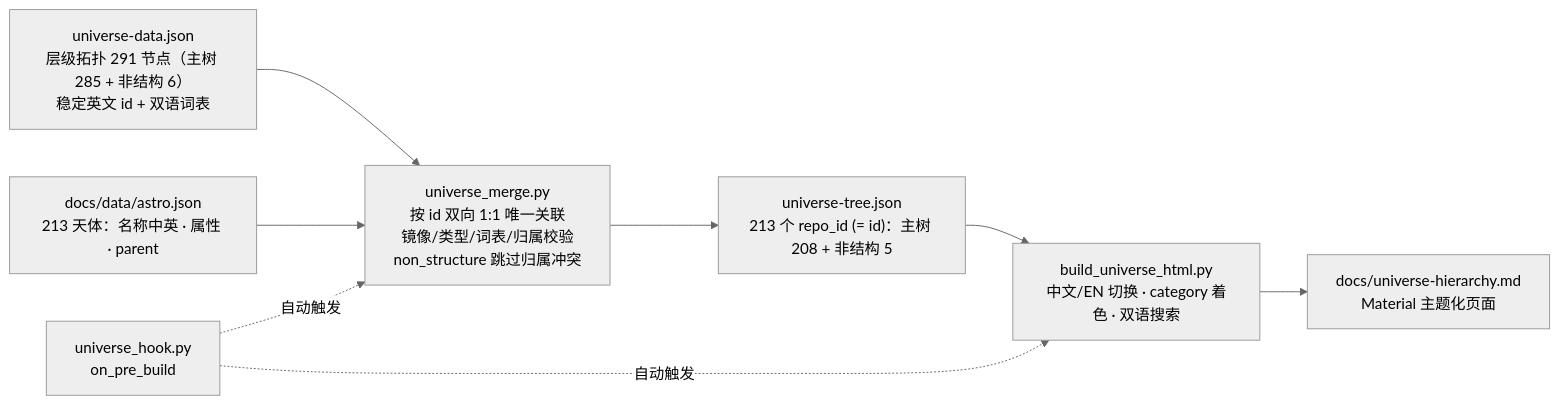
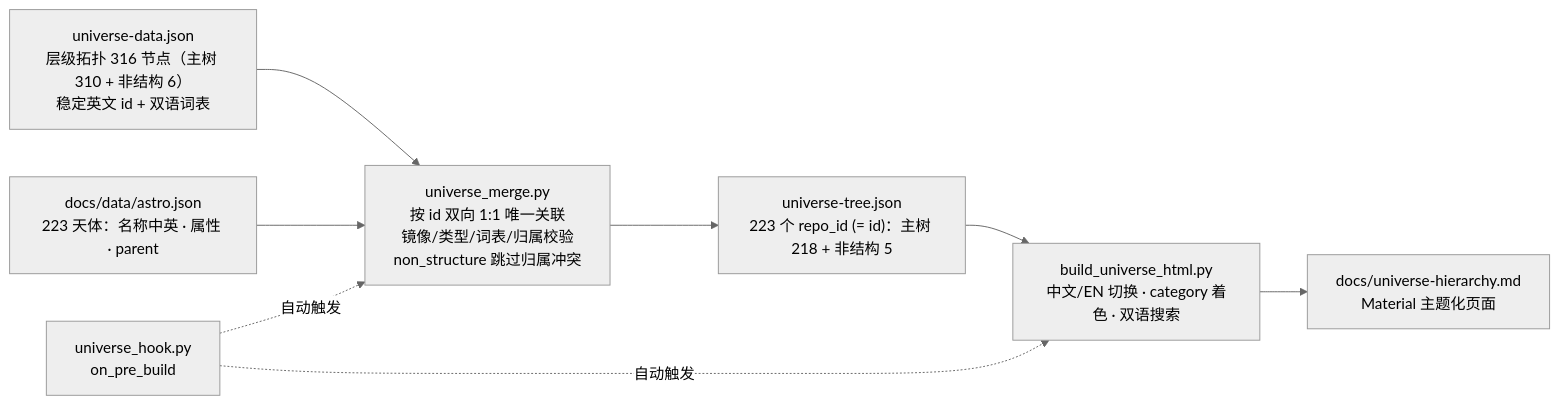
The sixth of 9 diagrams in 维护指南.md (yufengwolf/astro-blog), drawn with Mermaid (neutral theme) before and after one commit. The commit also changed other lines of this file and 71 other files, not shown here.

````diff
--- a/维护指南.md
+++ b/维护指南.md
@@ -569,10 +569,10 @@
 ```mermaid
 flowchart LR
-    UD["universe-data.json<br/>层级拓扑 291 节点（主树 285 + 非结构 6）<br/>稳定英文 id + 双语词表"] --> M["universe_merge.py<br/>按 id 双向 1:1 唯一关联<br/>镜像/类型/词表/归属校验<br/>non_structure 跳过归属冲突"]
-    AS["docs/data/astro.json<br/>213 天体：名称中英 · 属性 · parent"] --> M
-    M --> UT["universe-tree.json<br/>213 个 repo_id (= id)：主树 208 + 非结构 5"]
+    UD["universe-data.json<br/>层级拓扑 316 节点（主树 310 + 非结构 6）<br/>稳定英文 id + 双语词表"] --> M["universe_merge.py<br/>按 id 双向 1:1 唯一关联<br/>镜像/类型/词表/归属校验<br/>non_structure 跳过归属冲突"]
+    AS["docs/data/astro.json<br/>223 天体：名称中英 · 属性 · parent"] --> M
+    M --> UT["universe-tree.json<br/>223 个 repo_id (= id)：主树 218 + 非结构 5"]
     UT --> B["build_universe_html.py<br/>中文/EN 切换 · category 着色 · 双语搜索"]
     B --> PG["docs/universe-hierarchy.md<br/>Material 主题化页面"]
     H["universe_hook.py<br/>on_pre_build"] -. 自动触发 .-> M
     H -. 自动触发 .-> B
 ```
````
